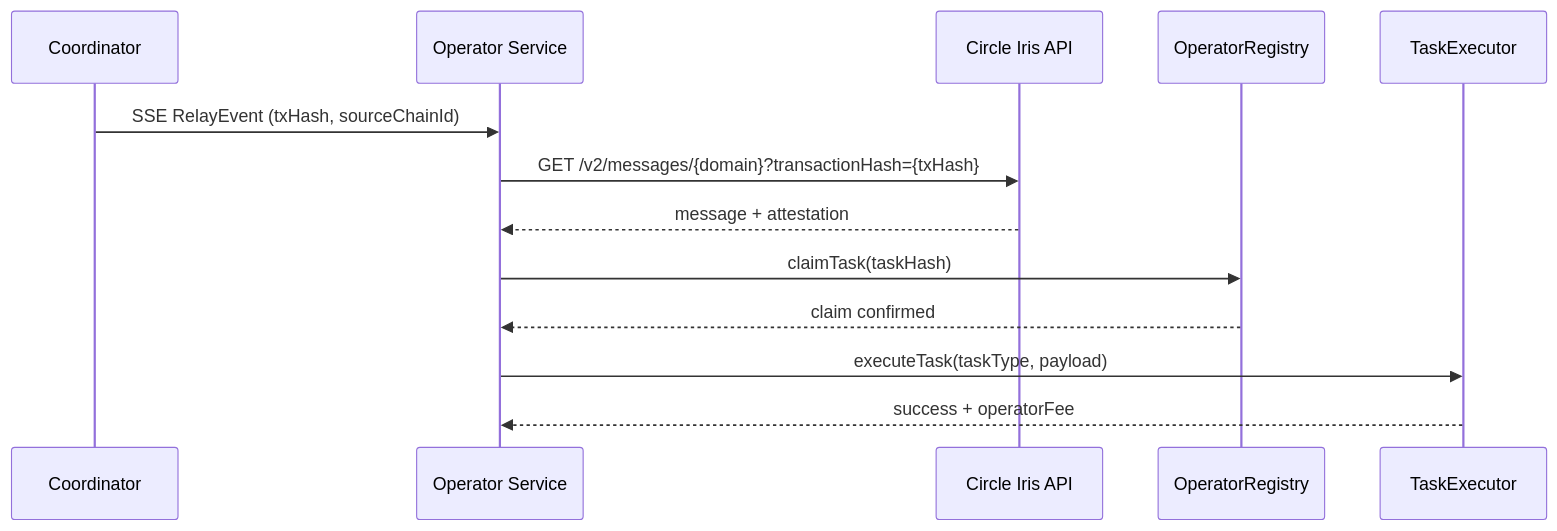
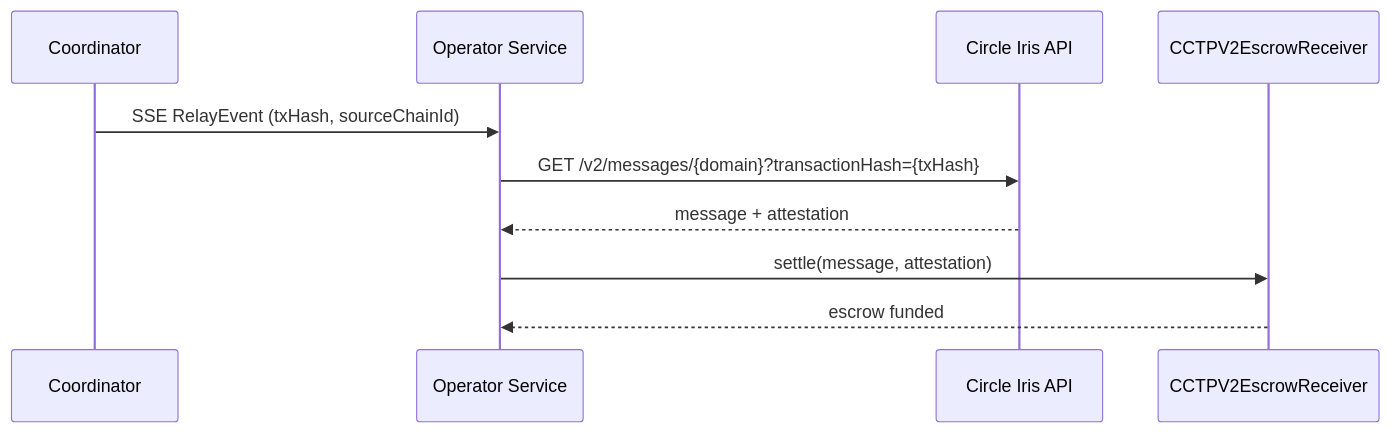
Before and after one commit to ReineiraOS/protocol: the second of 3 diagrams in packages/offchain/packages/operator/README.md, drawn with Mermaid. The commit also changed other lines of this file and 44 other files, not shown here.

````diff
--- a/packages/offchain/packages/operator/README.md
+++ b/packages/offchain/packages/operator/README.md
@@ -97,16 +98,13 @@
 ```mermaid
 sequenceDiagram
     participant C as Coordinator
     participant O as Operator Service
     participant I as Circle Iris API
-    participant OR as OperatorRegistry
-    participant TE as TaskExecutor
+    participant R as CCTPV2EscrowReceiver
 
     C->>O: SSE RelayEvent (txHash, sourceChainId)
     O->>I: GET /v2/messages/{domain}?transactionHash={txHash}
     I-->>O: message + attestation
-    O->>OR: claimTask(taskHash)
-    OR-->>O: claim confirmed
-    O->>TE: executeTask(taskType, payload)
-    TE-->>O: success + operatorFee
+    O->>R: settle(message, attestation)
+    R-->>O: escrow funded
 ```
````
